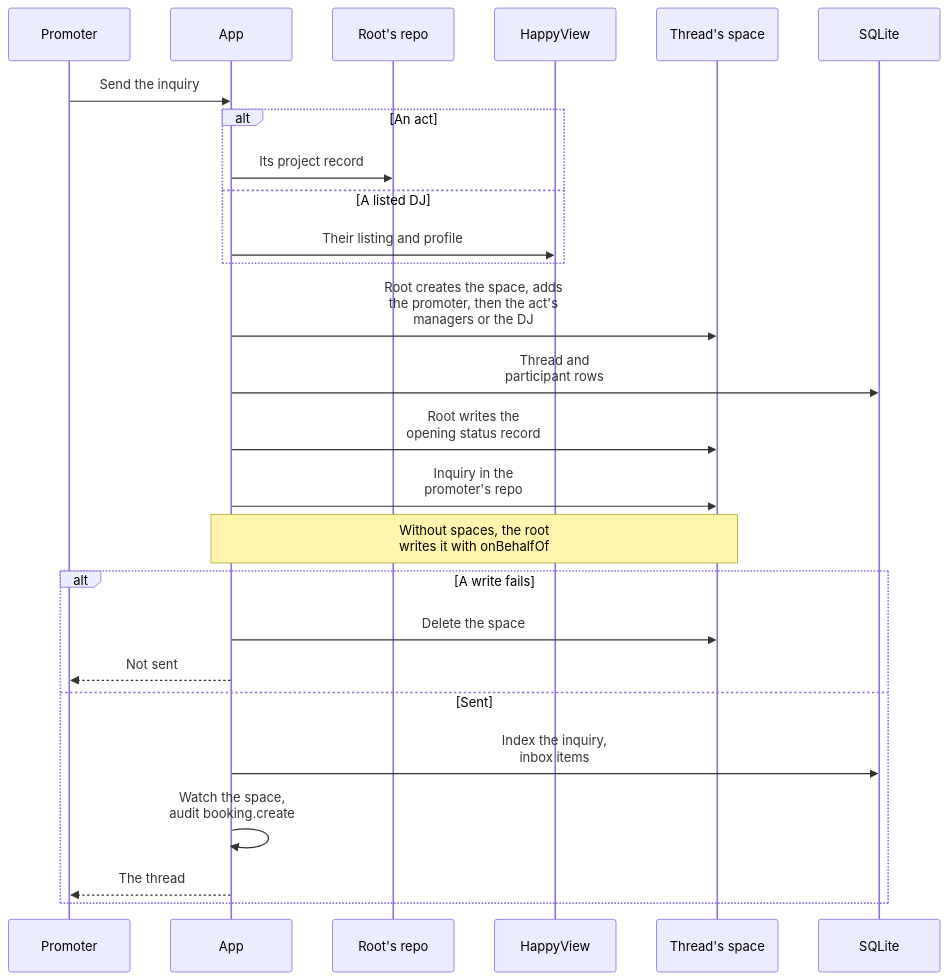
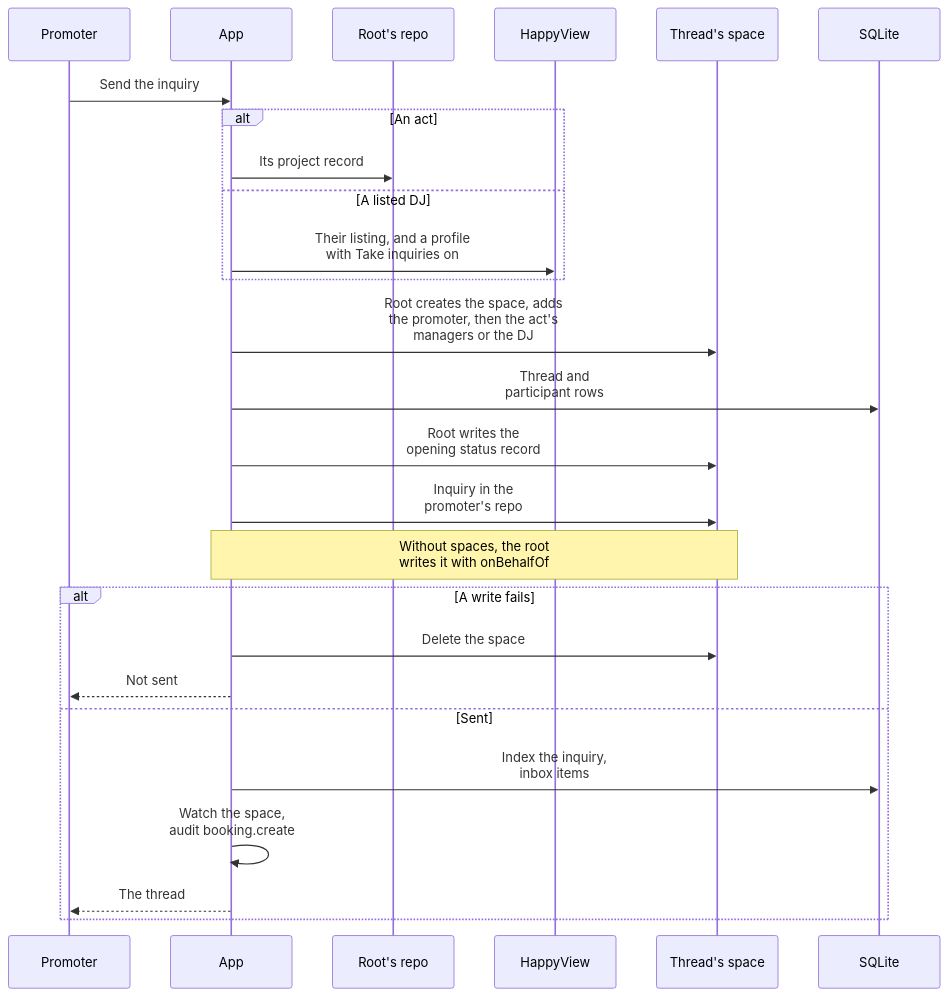
One commit to cutenode/localnetwork changed the seventh of 9 diagrams in apps/web/docs/diagrams/profiles-and-bookings.md. Above: the diagram before and after it, drawn with Mermaid. The commit also changed other lines of this file and 23 other files, not shown here.

First line of the commit message:
feat(web): make a DJ the performer in their booking threads, and inquiries opt-in

````diff
--- a/apps/web/docs/diagrams/profiles-and-bookings.md
+++ b/apps/web/docs/diagrams/profiles-and-bookings.md
@@ -150,28 +150,28 @@
 ```mermaid
 sequenceDiagram
   participant B as Promoter
   participant A as App
   participant R as Root's repo
   participant H as HappyView
   participant S as Thread's space
   participant D as SQLite
   B->>A: Send the inquiry
   alt An act
     A->>R: Its project record
   else A listed DJ
-    A->>H: Their listing and profile
+    A->>H: Their listing, and a profile<br/>with Take inquiries on
   end
   A->>S: Root creates the space, adds<br/>the promoter, then the act's<br/>managers or the DJ
   A->>D: Thread and<br/>participant rows
   A->>S: Root writes the<br/>opening status record
   A->>S: Inquiry in the<br/>promoter's repo
   Note over A,S: Without spaces, the root<br/>writes it with onBehalfOf
   alt A write fails
     A->>S: Delete the space
     A-->>B: Not sent
   else Sent
     A->>D: Index the inquiry,<br/>inbox items
     A->>A: Watch the space,<br/>audit booking.create
     A-->>B: The thread
   end
 ```
````
